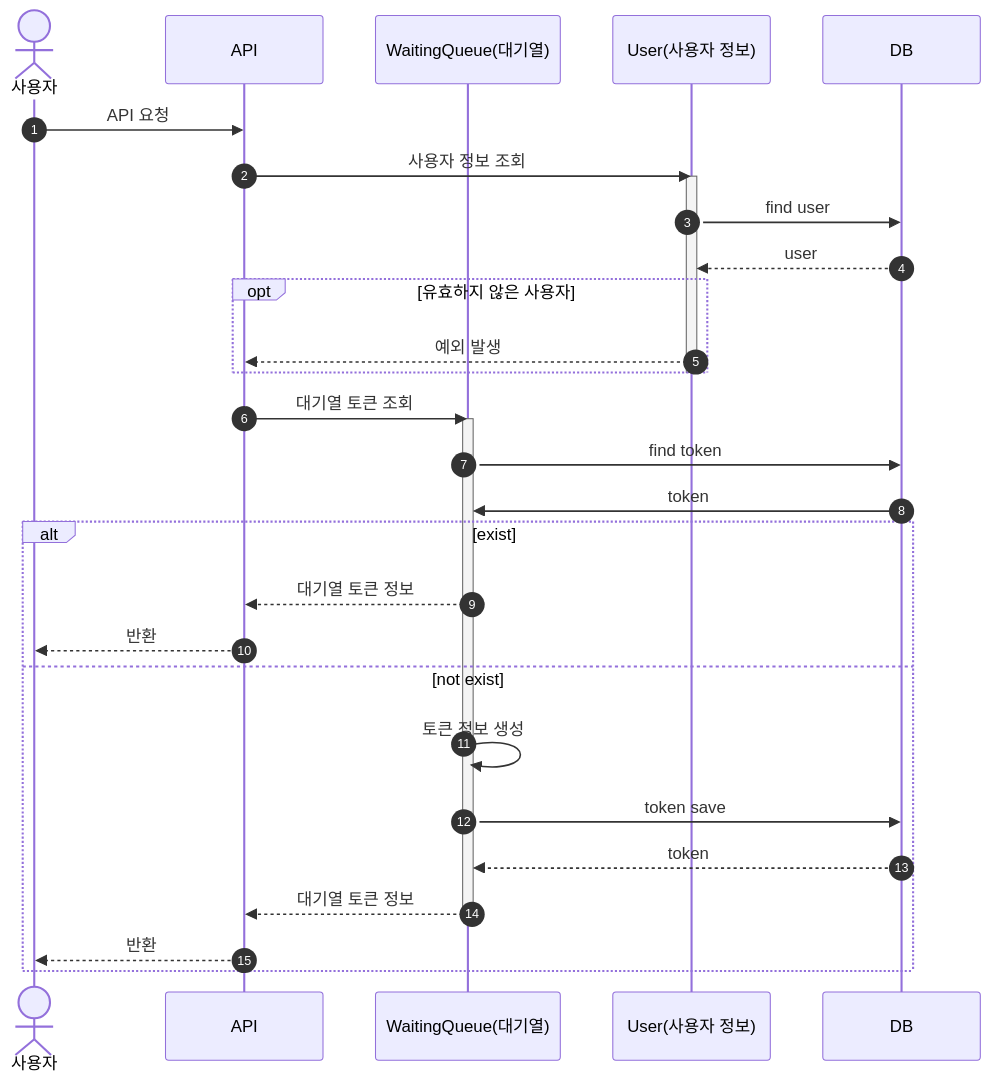
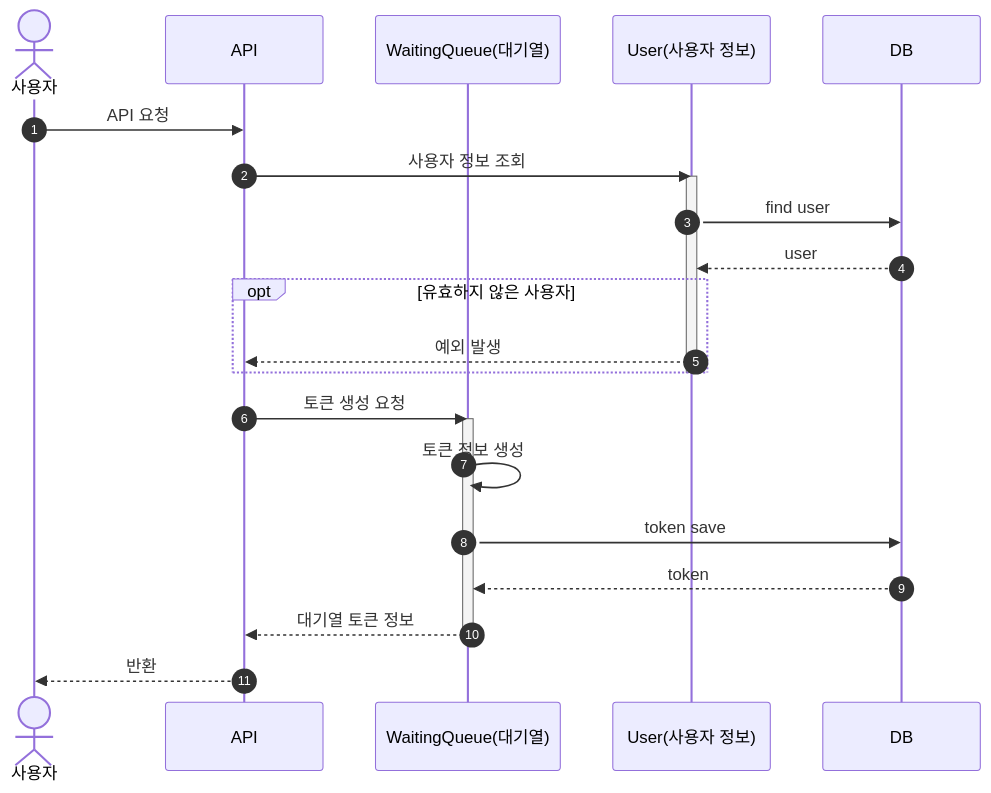
The first of 8 diagrams in docs/SequenceDiagram.md (saintnun150/hhplus-concert-reservation-server), drawn with Mermaid before and after one commit. The commit also changed other lines of this file and 1 other file, not shown here.

Commit message:
fix: 대기열 도메인 및 시퀀스 다이어그램 흐름 수정

````diff
--- a/docs/SequenceDiagram.md
+++ b/docs/SequenceDiagram.md
@@ -5,34 +5,27 @@
 ```mermaid
 sequenceDiagram
     autonumber
 Actor U as 사용자
 participant API as API
 participant WS as WaitingQueue(대기열)
 participant US as User(사용자 정보)
 participant DB as DB
 
 U->>API: API 요청
 API->>US: 사용자 정보 조회
 activate US
 US->>DB: find user
 DB-->>US: user
 opt 유효하지 않은 사용자
 	US-->>API: 예외 발생
 end
 deactivate US
-API->>WS: 대기열 토큰 조회
+API->>WS: 토큰 생성 요청
 activate WS
-WS->>DB: find token
-DB->>WS: token
-alt exist
-WS-->>API: 대기열 토큰 정보
+WS->>WS: 토큰 정보 생성
+WS->>DB: token save
+DB-->>WS: token
+WS-->>API: 대기열 토큰 정보 
+deactivate WS
 API-->>U: 반환
-else not exist
-	WS->>WS: 토큰 정보 생성
-	WS->>DB: token save
-	DB-->>WS: token
-	WS-->>API: 대기열 토큰 정보 
-	deactivate WS
-	API-->>U: 반환
-end
 ```
````
